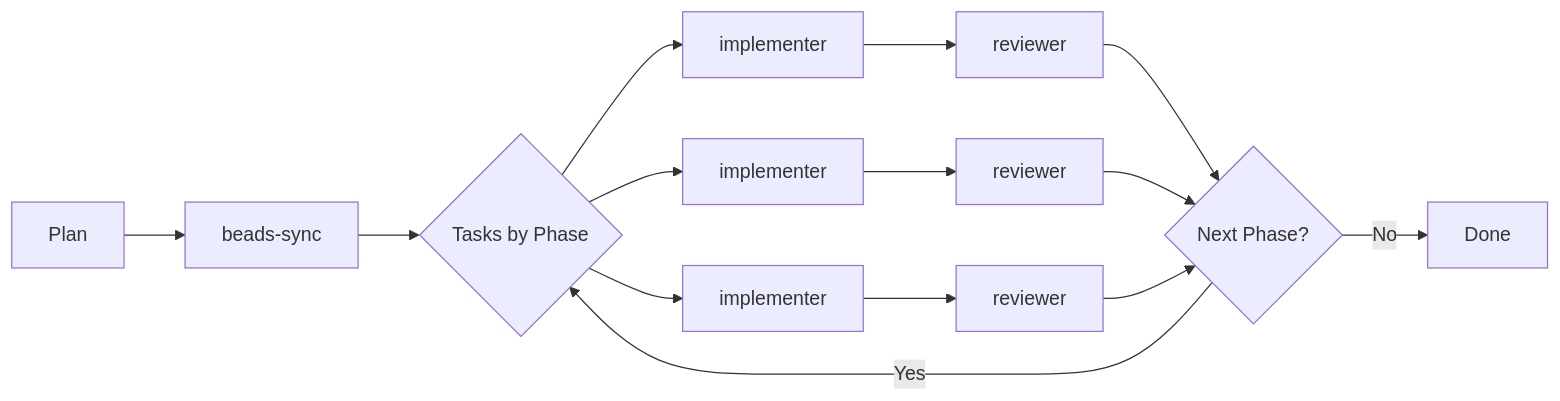
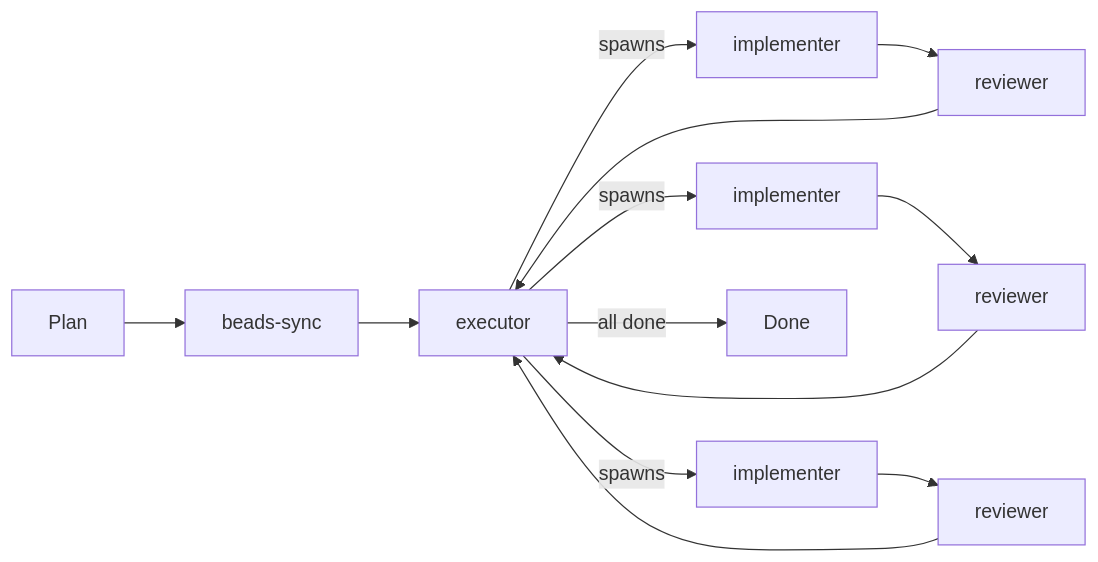
The second of 2 diagrams in README.md (StevenBock/claude-ledger), drawn with Mermaid before and after one commit.

Commit message:
Show executor as orchestrator in diagram

````diff
--- a/README.md
+++ b/README.md
@@ -66,14 +66,13 @@
 ```mermaid
 flowchart LR
     A[Plan] --> B[beads-sync]
-    B --> C{Tasks by Phase}
-    C --> D1[implementer]
-    C --> D2[implementer]
-    C --> D3[implementer]
+    B --> X[executor]
+    X -->|spawns| D1[implementer]
+    X -->|spawns| D2[implementer]
+    X -->|spawns| D3[implementer]
     D1 --> R1[reviewer]
     D2 --> R2[reviewer]
     D3 --> R3[reviewer]
-    R1 & R2 & R3 --> E{Next Phase?}
-    E -->|Yes| C
-    E -->|No| F[Done]
+    R1 & R2 & R3 --> X
+    X -->|all done| F[Done]
 ```
````
